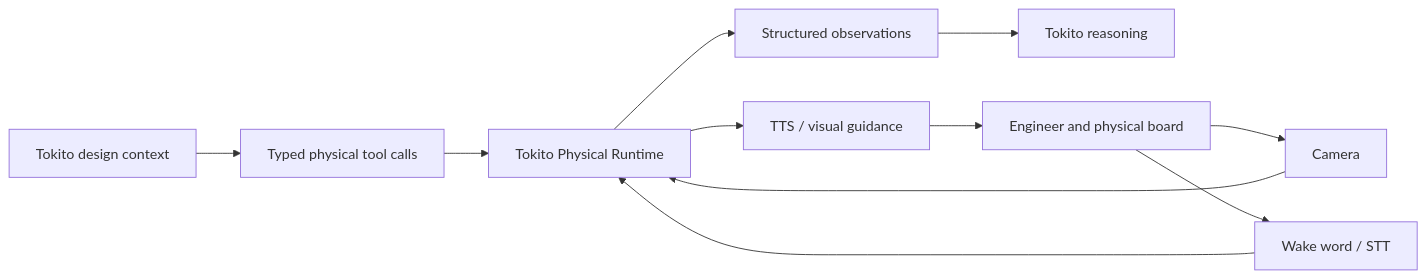
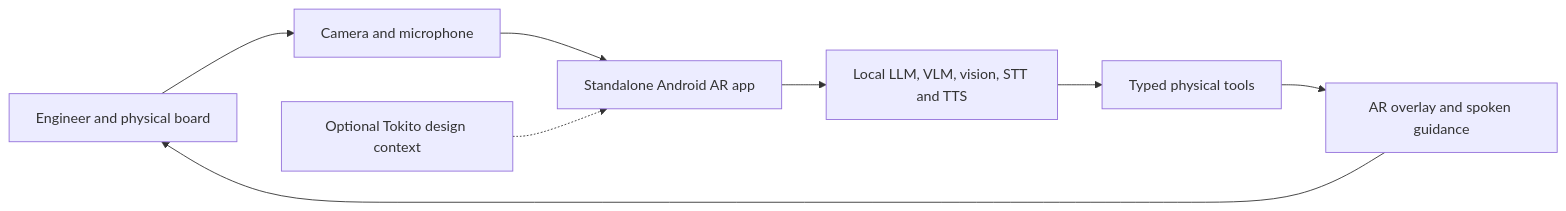
Before and after one commit to TokitoAI/tokito-app: the diagram in README.md, drawn with Mermaid. The commit also changed other lines of this file and 17 other files, not shown here.

Commit message:
docs: define standalone fully local AR product (#36)

````diff
--- a/README.md
+++ b/README.md
@@ -29,13 +36,10 @@
 ```mermaid
 flowchart LR
-    Design[Tokito design context] --> Calls[Typed physical tool calls]
-    Calls --> Runtime[Tokito Physical Runtime]
-    Camera[Camera] --> Runtime
-    Voice[Wake word / STT] --> Runtime
-    Runtime --> Obs[Structured observations]
-    Obs --> Agent[Tokito reasoning]
-    Runtime --> Guidance[TTS / visual guidance]
-    Guidance --> Bench[Engineer and physical board]
-    Bench --> Camera
-    Bench --> Voice
+    Bench[Engineer and physical board] --> Sensors[Camera and microphone]
+    Sensors --> App[Standalone Android AR app]
+    App --> LocalAI[Local LLM, VLM, vision, STT and TTS]
+    LocalAI --> Tools[Typed physical tools]
+    Tools --> Overlay[AR overlay and spoken guidance]
+    Overlay --> Bench
+    Tokito[Optional Tokito design context] -.-> App
 ```
````
